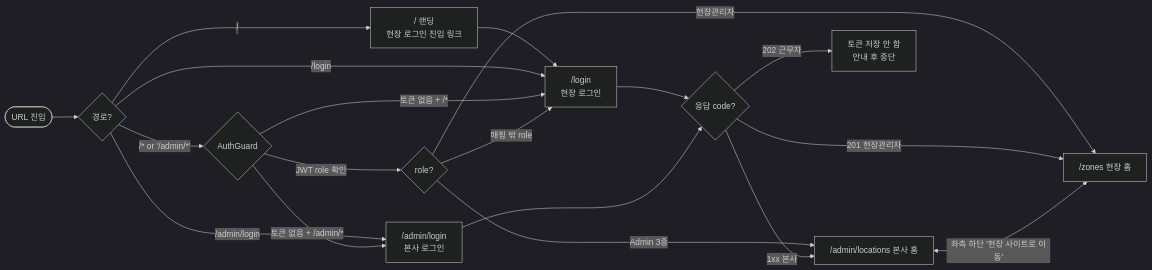
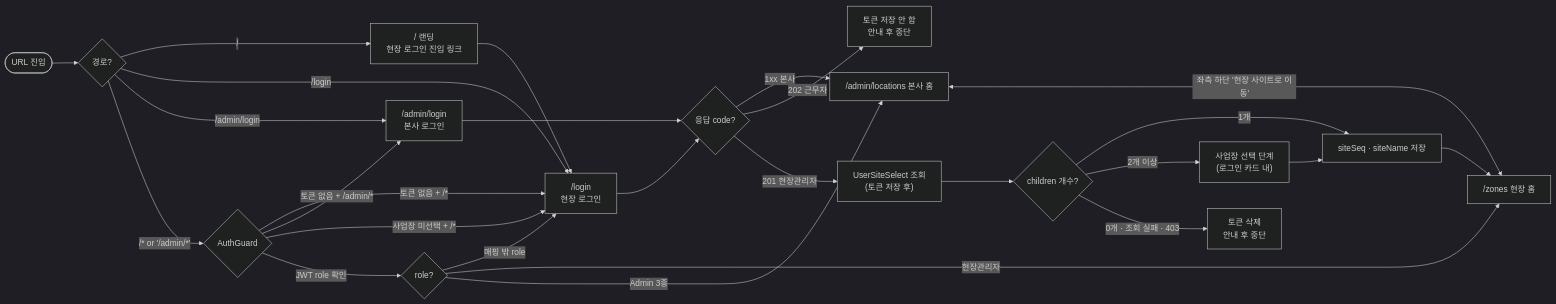
The first of 15 diagrams in docs/flow.md (S-Tec-System-R-D/s-patrol_fe), drawn with Mermaid before and after one commit. The commit also changed other lines of this file and 24 other files, not shown here.

First line of the commit message:
feat : 사업장 선택으로 siteSeq 확보 — 현장 로그인 단계 + 가드 차단 (021)

````diff
--- a/docs/flow.md
+++ b/docs/flow.md
@@ -18,28 +18,36 @@
 ```mermaid
 %%{init: {'theme':'dark'}}%%
 flowchart LR
     Visit([URL 진입]) --> Path{경로?}
 
     Path -- "/" --> Landing["/ 랜딩<br/>현장 로그인 진입 링크"]
     Landing --> Login
 
     Path -- "/login" --> Login["/login<br/>현장 로그인"]
     Path -- "/admin/login" --> AdminLogin["/admin/login<br/>본사 로그인"]
     Path -- "/*" or '/admin/*' --> Guard{AuthGuard}
 
     Guard -- "토큰 없음 + /*" --> Login
     Guard -- "토큰 없음 + /admin/*" --> AdminLogin
+    Guard -- "사업장 미선택 + /*" --> Login
     Guard -- "JWT role 확인" --> Role{"role?"}
 
     Role -- "매핑 밖 role" --> Login
     Role -- 현장관리자 --> ServiceHome["/zones 현장 홈"]
     Role -- Admin 3종 --> AdminHome["/admin/locations 본사 홈"]
 
     Login --> LoginPost{"응답 code?"}
     AdminLogin --> LoginPost
     LoginPost -- "1xx 본사" --> AdminHome
-    LoginPost -- "201 현장관리자" --> ServiceHome
     LoginPost -- "202 근무자" --> Deny["토큰 저장 안 함<br/>안내 후 중단"]
+    LoginPost -- "201 현장관리자" --> SiteFetch["UserSiteSelect 조회<br/>(토큰 저장 후)"]
+
+    SiteFetch --> SiteCount{"children 개수?"}
+    SiteCount -- "1개" --> SiteSave
+    SiteCount -- "2개 이상" --> SitePick["사업장 선택 단계<br/>(로그인 카드 내)"]
+    SiteCount -- "0개 · 조회 실패 · 403" --> SiteDeny["토큰 삭제<br/>안내 후 중단"]
+    SitePick --> SiteSave["siteSeq · siteName 저장"]
+    SiteSave --> ServiceHome
 
     AdminHome <-->|좌측 하단 '현장 사이트로 이동'| ServiceHome
 ```
````
